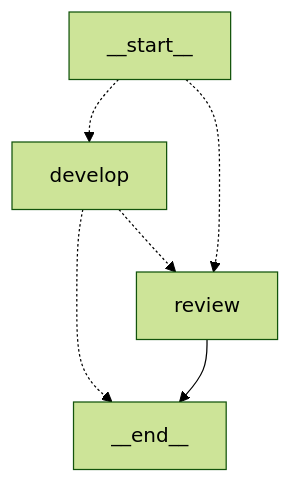
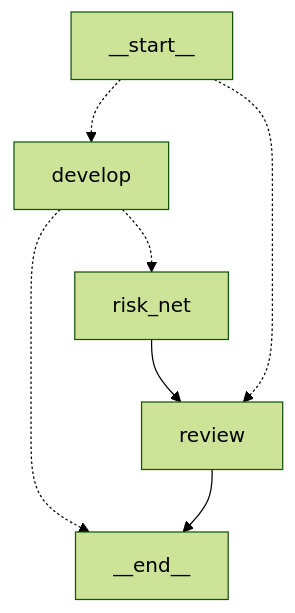
The second of 2 diagrams in docs/architecture/generated/role-graph-build.md (GonzaloZevallos/agentic-system), drawn with Mermaid (forest theme) before and after one commit. The commit also changed 16 other files, not shown here.

Commit message:
Place relabel and risk_net in the generated docs clusters and regenerate

````diff
--- a/docs/architecture/generated/role-graph-build.md
+++ b/docs/architecture/generated/role-graph-build.md
@@ -37,12 +37,14 @@
 ```mermaid
 graph TD
     branch___end__["__end__"]
     branch___start__["__start__"]
     branch_develop["develop"]
     branch_review["review"]
+    branch_risk_net["risk_net"]
     branch___start__ -.-> branch_develop
     branch___start__ -.-> branch_review
     branch_develop -.-> branch___end__
-    branch_develop -.-> branch_review
+    branch_develop -.-> branch_risk_net
     branch_review --> branch___end__
+    branch_risk_net --> branch_review
 ```
````
